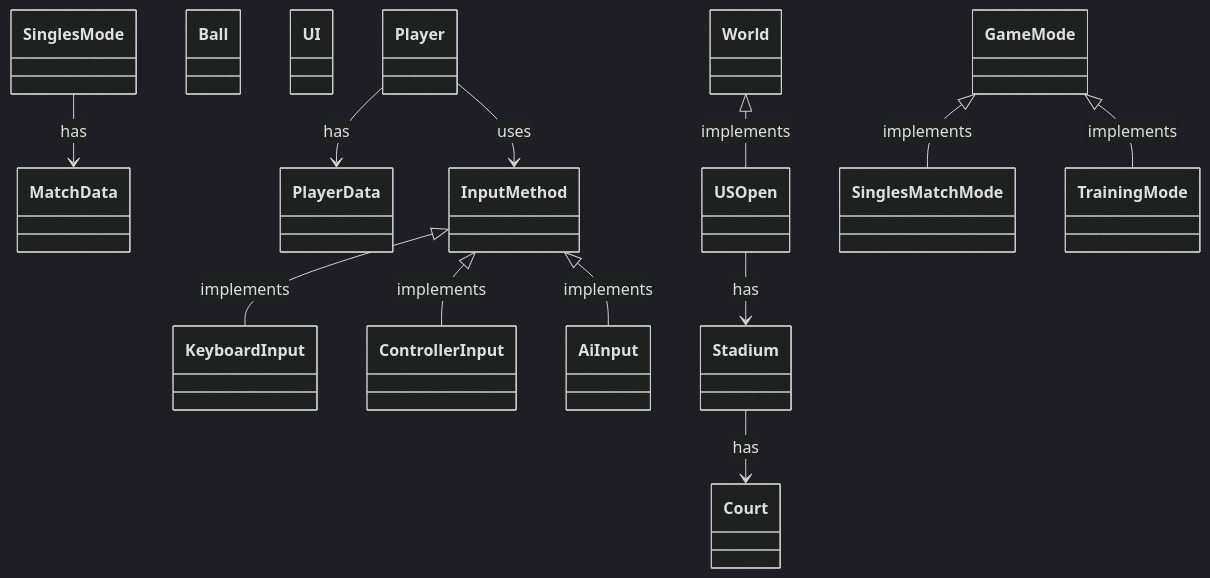
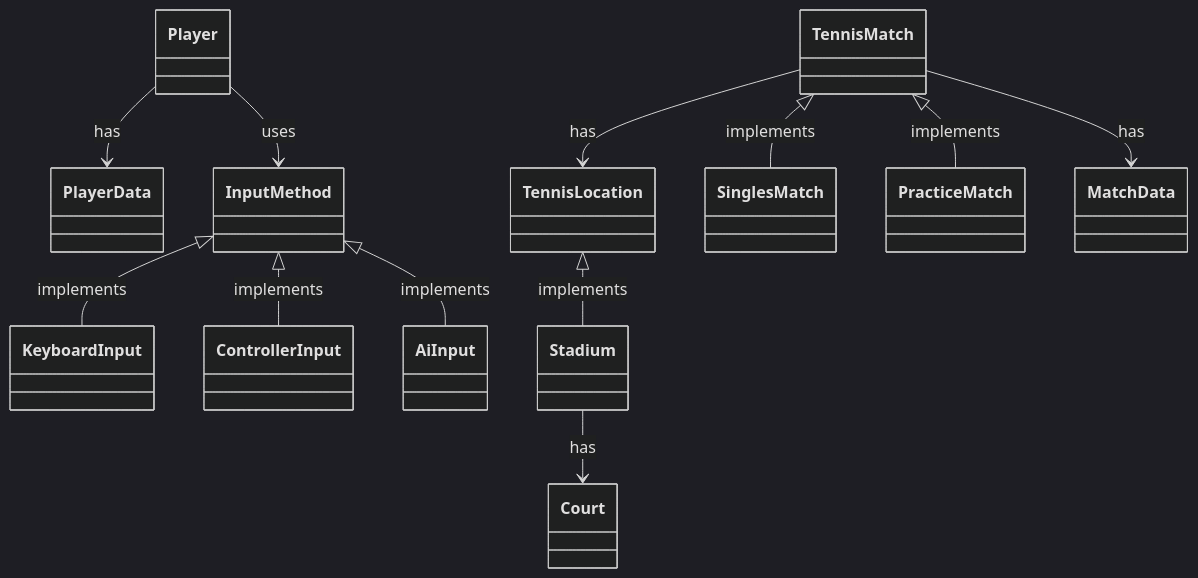
One commit to mbkma/pelota-docs changed the diagram in class_diagram.md. Above: the diagram before and after it, drawn with Mermaid (dark theme).

````diff
--- a/class_diagram.md
+++ b/class_diagram.md
@@ -1,60 +1,23 @@
 ```mermaid
 classDiagram
 
 
     class Player {
     }
 
-    class PlayerData {
-    }
-
-    class Ball {
-    }
-
-
-    class UI {
-    }
-
-    class MatchData {
-    }
-
-    class USOpen {
-    }
-
-    class Stadium {
-    }
-
-    class Player {
-    }
-
-    class AiInput {
-    }
-
-    class Court {
-    }
-
-    class World {
-    }
-
-    class SinglesMode {
-
-    }
-    
-    class GameMode {
-
-    }
 
     Player --> PlayerData : has
     Player --> InputMethod : uses
     InputMethod <|-- KeyboardInput : implements
     InputMethod <|-- ControllerInput : implements
     InputMethod <|-- AiInput : implements
 
-    World <|-- USOpen : implements
+    TennisMatch --> TennisLocation : has
 
-    GameMode <|-- SinglesMatchMode : implements
-    GameMode <|-- TrainingMode : implements
-    SinglesMode --> MatchData : has
-    USOpen --> Stadium : has
+    TennisMatch <|-- SinglesMatch : implements
+    TennisMatch <|-- PracticeMatch : implements
+    TennisMatch --> MatchData : has
+    
+    TennisLocation <|-- Stadium : implements
     Stadium --> Court : has
 ```
````
